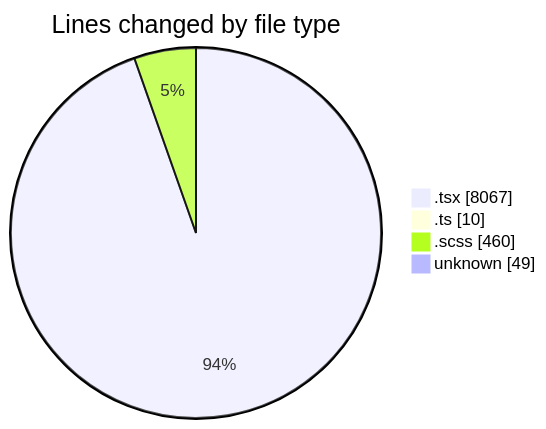
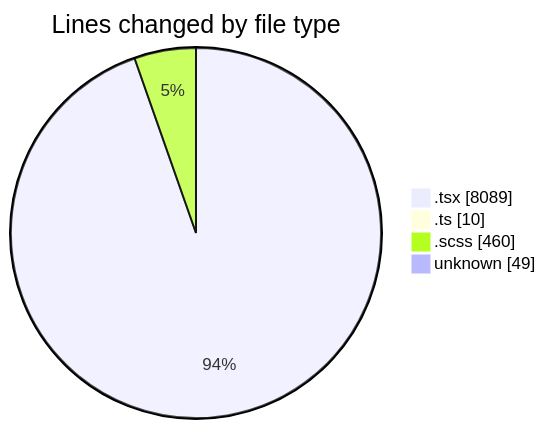
One commit to momahboobian/code-tracking changed the first of 2 diagrams in 2025-11-17/cda/README.md. Above: the diagram before and after it, drawn with Mermaid. The commit also changed other lines of this file and 1 other file, not shown here.

````diff
--- a/2025-11-17/cda/README.md
+++ b/2025-11-17/cda/README.md
@@ -35,8 +35,8 @@
 ```mermaid
 pie showData
 title Lines changed by file type
-".tsx" : 8067
+".tsx" : 8089
 ".ts" : 10
 ".scss" : 460
 "unknown" : 49
 ```
````
